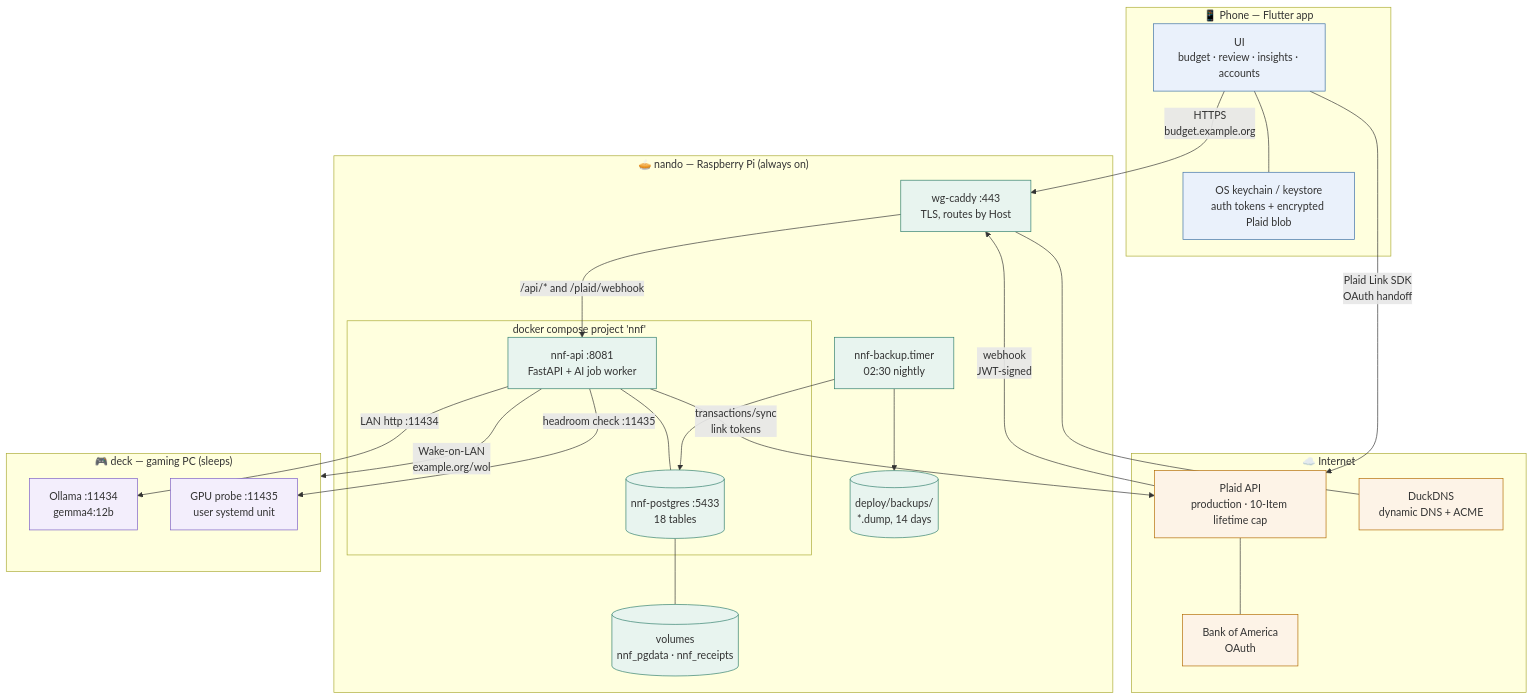
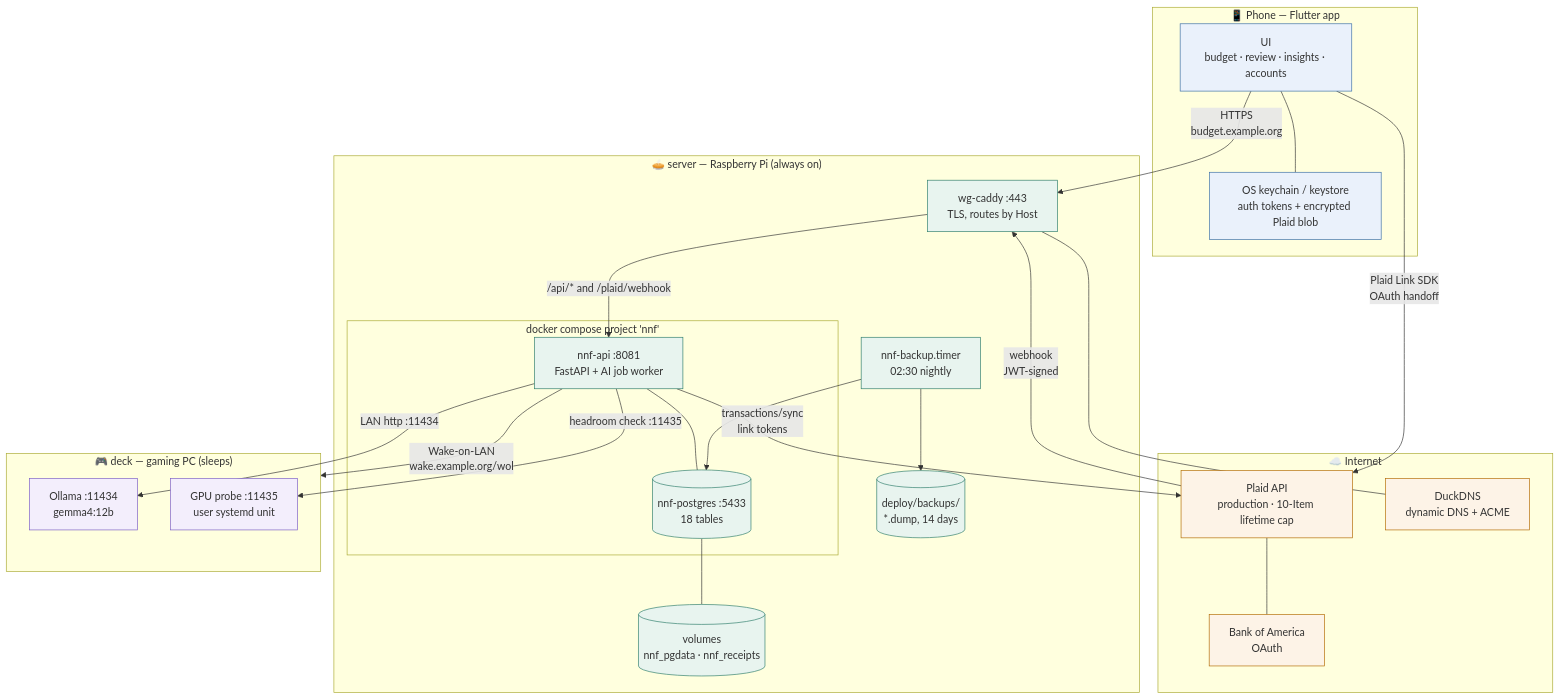
One commit to TheRea1Neil/DollarDen changed the first of 5 diagrams in docs/14-system-map.md. Above: the diagram before and after it, drawn with Mermaid. The commit also changed other lines of this file and 106 other files, not shown here.

````diff
--- a/docs/14-system-map.md
+++ b/docs/14-system-map.md
@@ -24,54 +24,54 @@
 ```mermaid
 graph TB
     subgraph PHONE["📱 Phone — Flutter app"]
         UI["UI<br/>budget · review · insights · accounts"]
         KS["OS keychain / keystore<br/>auth tokens + encrypted Plaid blob"]
         UI --- KS
     end
 
     subgraph INTERNET["☁️ Internet"]
         PLAID["Plaid API<br/>production · 10-Item lifetime cap"]
         BANK["Bank of America<br/>OAuth"]
         DUCK["DuckDNS<br/>dynamic DNS + ACME"]
     end
 
-    subgraph PI["🥧 nando — Raspberry Pi (always on)"]
+    subgraph PI["🥧 server — Raspberry Pi (always on)"]
         CADDY["wg-caddy :443<br/>TLS, routes by Host"]
         subgraph NNF["docker compose project 'nnf'"]
             API["nnf-api :8081<br/>FastAPI + AI job worker"]
             PG[("nnf-postgres :5433<br/>18 tables")]
         end
         VOL[("volumes<br/>nnf_pgdata · nnf_receipts")]
         BK["nnf-backup.timer<br/>02:30 nightly"]
         DUMPS[("deploy/backups/<br/>*.dump, 14 days")]
     end
 
     subgraph DECK["🎮 deck — gaming PC (sleeps)"]
         OLL["Ollama :11434<br/>gemma4:12b"]
         PROBE["GPU probe :11435<br/>user systemd unit"]
     end
 
     UI -->|"HTTPS<br/>budget.example.org"| CADDY
     CADDY -->|"/api/* and /plaid/webhook"| API
     API --- PG
     PG --- VOL
     PLAID -->|"webhook<br/>JWT-signed"| CADDY
     API -->|"transactions/sync<br/>link tokens"| PLAID
     UI -->|"Plaid Link SDK<br/>OAuth handoff"| PLAID
     PLAID --- BANK
     API -->|"LAN http :11434"| OLL
     API -->|"headroom check :11435"| PROBE
-    API -->|"Wake-on-LAN<br/>example.org/wol"| DECK
+    API -->|"Wake-on-LAN<br/>wake.example.org/wol"| DECK
     BK --> PG
     BK --> DUMPS
     CADDY --- DUCK
 
     classDef pi fill:#e8f4ef,stroke:#2E7D6B
     classDef deck fill:#f3eefc,stroke:#7a5cc4
     classDef ext fill:#fdf3e7,stroke:#b26a00
     classDef phone fill:#eaf1fb,stroke:#3a6ea5
     class API,PG,CADDY,VOL,BK,DUMPS pi
     class OLL,PROBE deck
     class PLAID,BANK,DUCK ext
     class UI,KS phone
 ```
````
